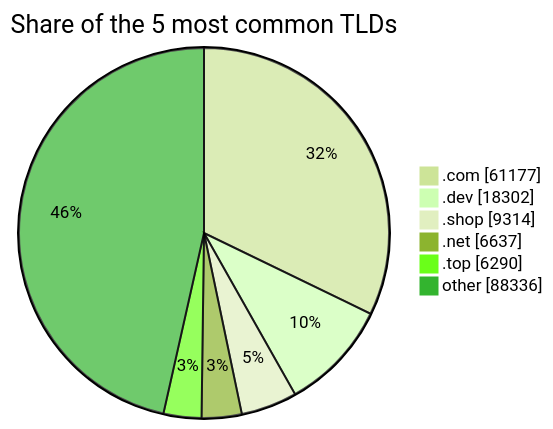
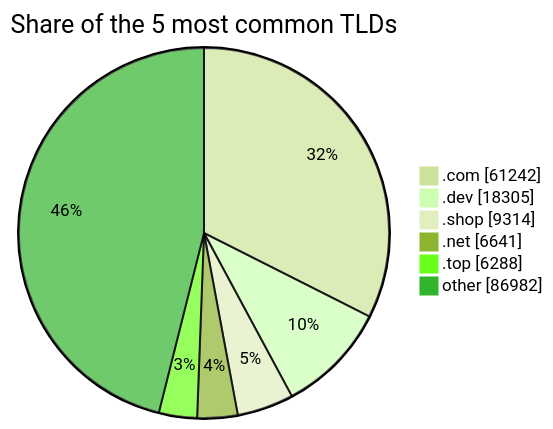
One commit to DNSBunker/CTI changed the third of 3 diagrams in README.md. Above: the diagram before and after it, drawn with Mermaid (forest theme). The commit also changed other lines of this file and 3 other files, not shown here.

````diff
--- a/README.md
+++ b/README.md
@@ -81,9 +81,9 @@
 ```mermaid
 pie showData title Share of the 5 most common TLDs
-    ".com" : 61177
-    ".dev" : 18302
+    ".com" : 61242
+    ".dev" : 18305
     ".shop" : 9314
-    ".net" : 6637
-    ".top" : 6290
-    "other" : 88336
+    ".net" : 6641
+    ".top" : 6288
+    "other" : 86982
 ```
````
